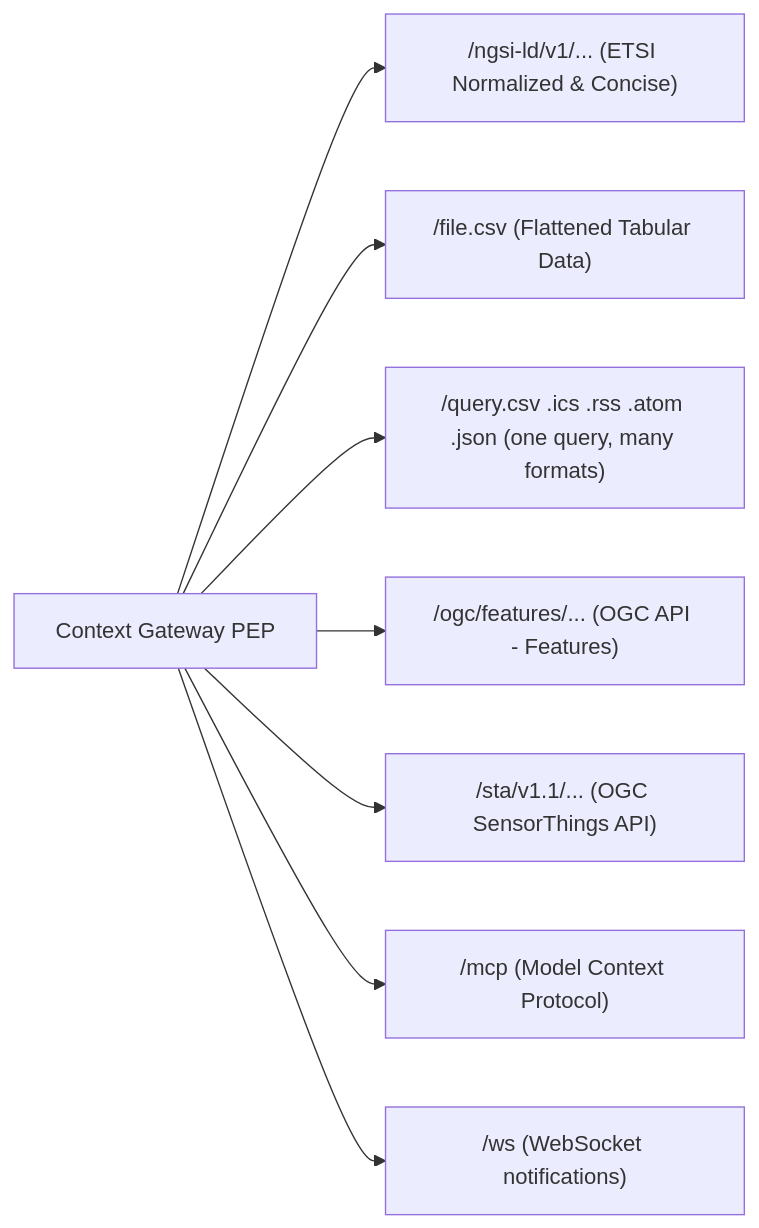
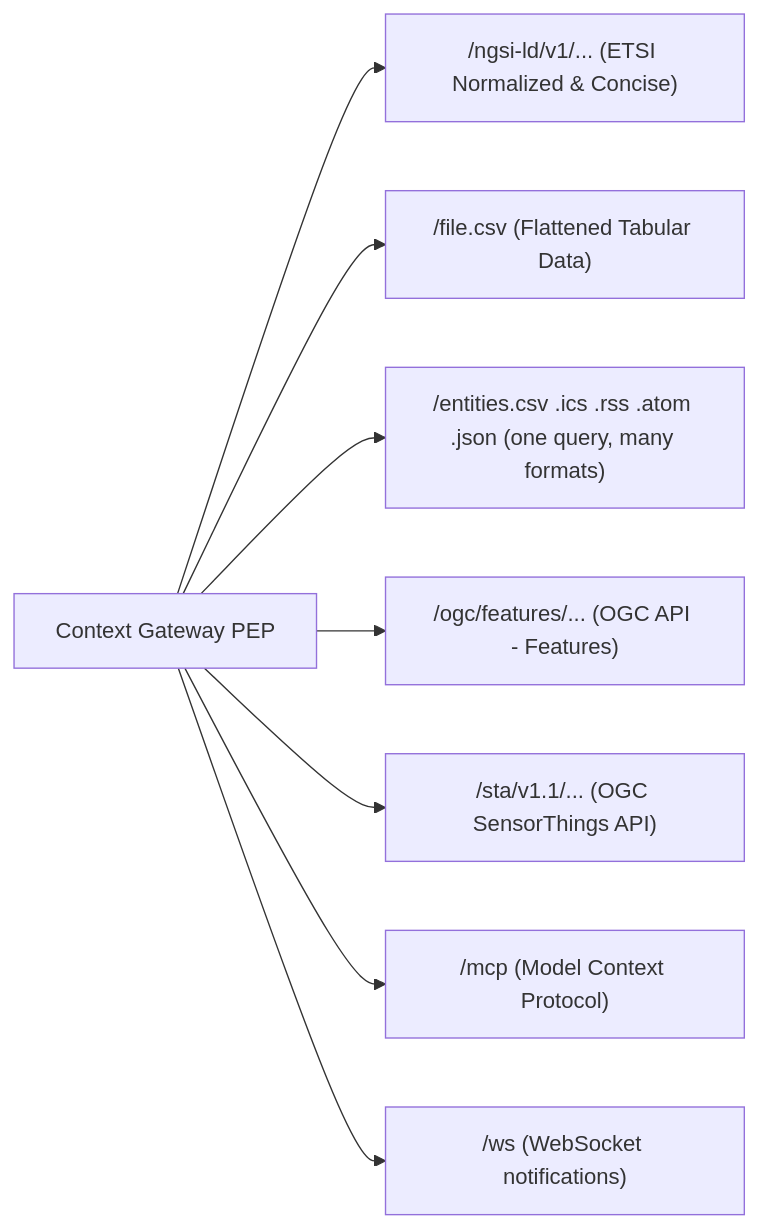
Before and after one commit to marek-mraz-jc/joinedcontext-docs: the diagram in API/02-endpoint-representations.md, drawn with Mermaid. The commit also changed other lines of this file and 2 other files, not shown here.

Commit message:
T-6754: Rename the format aliases to entities.ext and add the calendars and feeds link paths the owner asked for, EP-174..EP-179

````diff
--- a/API/02-endpoint-representations.md
+++ b/API/02-endpoint-representations.md
@@ -19,12 +19,12 @@
 ```mermaid
 flowchart LR
     GW["Context Gateway PEP"]
     
     GW --> R1["/ngsi-ld/v1/... (ETSI Normalized & Concise)"]
     GW --> R3["/file.csv (Flattened Tabular Data)"]
-    GW --> R4["/query.csv .ics .rss .atom .json (one query, many formats)"]
+    GW --> R4["/entities.csv .ics .rss .atom .json (one query, many formats)"]
     GW --> R5["/ogc/features/... (OGC API - Features)"]
     GW --> R6["/sta/v1.1/... (OGC SensorThings API)"]
     GW --> R7["/mcp (Model Context Protocol)"]
     GW --> R8["/ws (WebSocket notifications)"]
 ```
````
